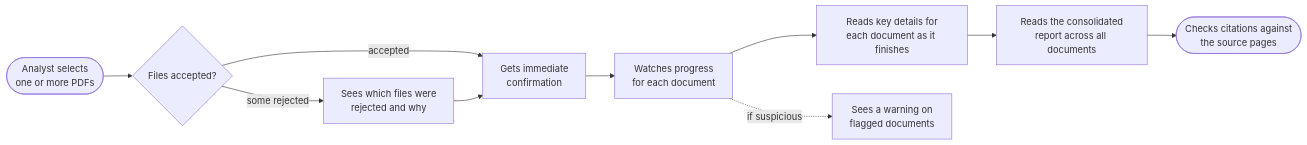
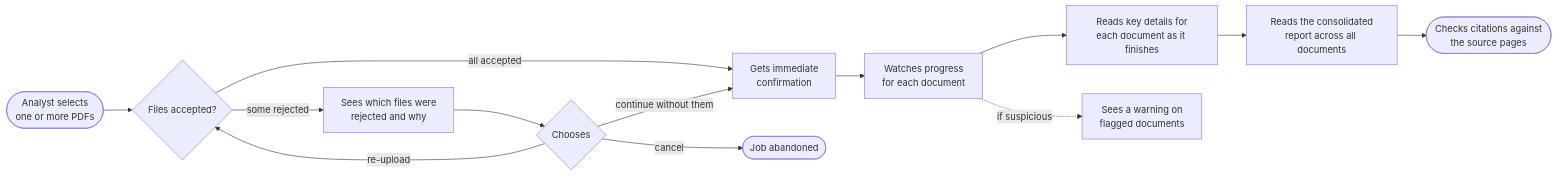
The diagram in context/PRD.md (nc1z/doc-insight), drawn with Mermaid before and after one commit. The commit also changed other lines of this file and 2 other files, not shown here.

````diff
--- a/context/PRD.md
+++ b/context/PRD.md
@@ -11,12 +11,15 @@
 ```mermaid
 flowchart LR
     Select([Analyst selects<br/>one or more PDFs]) --> Check{Files accepted?}
     Check -- "some rejected" --> Rejected[Sees which files were<br/>rejected and why]
-    Check -- "accepted" --> Confirm[Gets immediate<br/>confirmation]
-    Rejected --> Confirm
+    Check -- "all accepted" --> Confirm[Gets immediate<br/>confirmation]
+    Rejected --> Choice{Chooses}
+    Choice -- "re-upload" --> Check
+    Choice -- "continue without them" --> Confirm
+    Choice -- "cancel" --> Abandon([Job abandoned])
     Confirm --> Progress[Watches progress<br/>for each document]
     Progress --> Details[Reads key details for<br/>each document as it finishes]
     Progress -. "if suspicious" .-> Flagged[Sees a warning on<br/>flagged documents]
     Details --> Report[Reads the consolidated<br/>report across all documents]
     Report --> Verify([Checks citations against<br/>the source pages])
 ```
````
